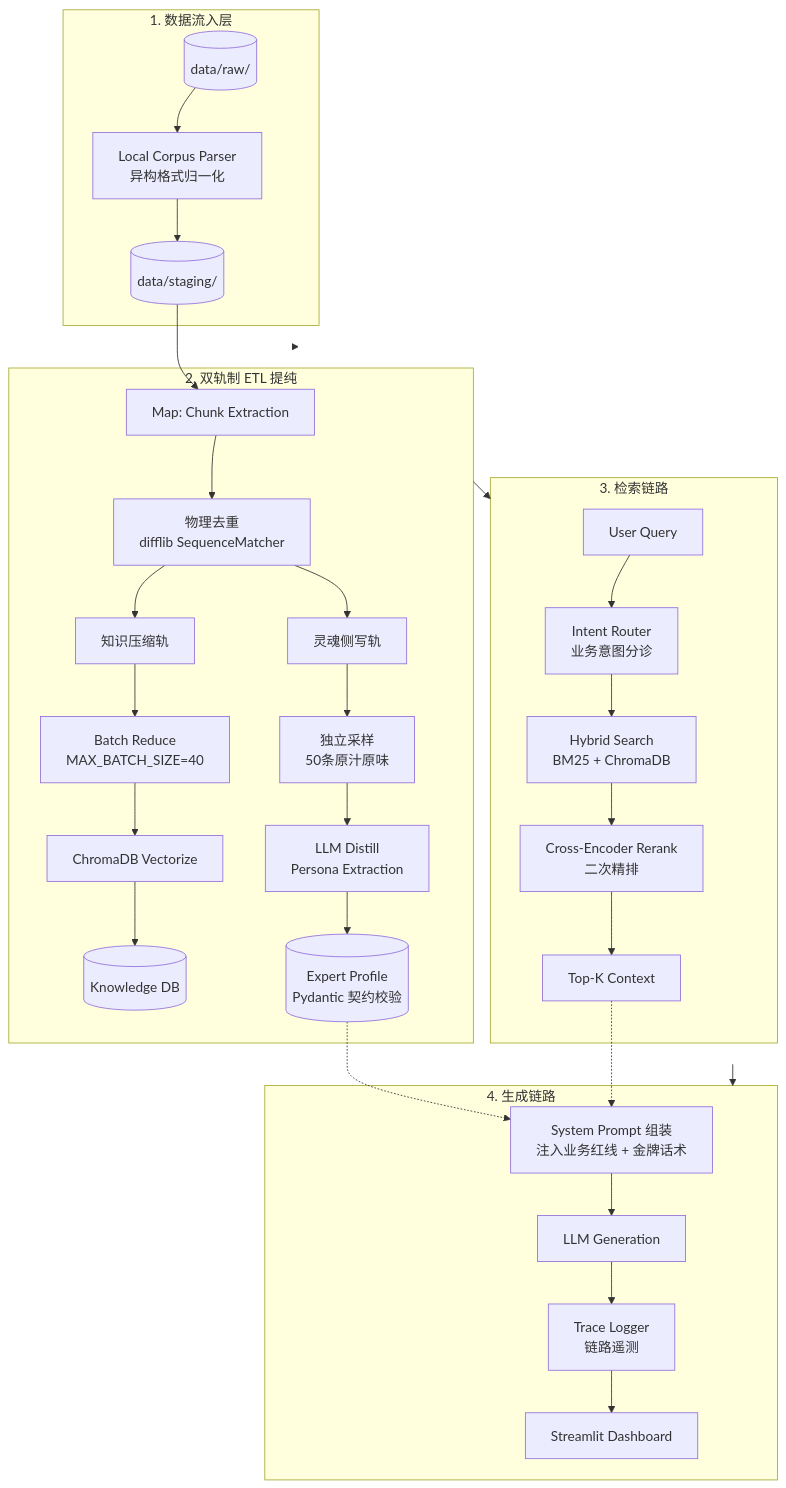
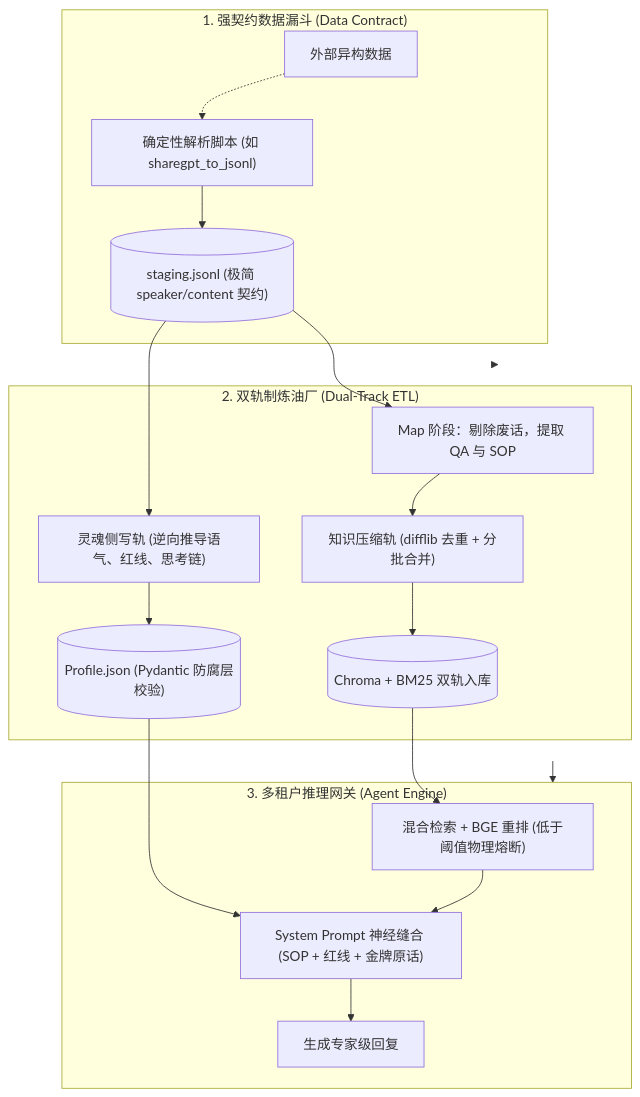
The diagram in README.md (shijiyin237-bit/enterprise-expert-digital-twin), drawn with Mermaid before and after one commit. The commit also changed other lines of this file and 16 other files, not shown here.

Commit message:
feat: release v1.0 enterprise-expert-digital-twin with physical multi-tenant isolation, anti-deadlock process orchestration, and robust schema parsing

````diff
--- a/README.md
+++ b/README.md
@@ -37,43 +36,25 @@
 ```mermaid
 flowchart TB
-    subgraph Ingestion["1. 数据流入层"]
-        Raw[("data/raw/")] --> Parser["Local Corpus Parser<br/>异构格式归一化"]
-        Parser --> Staging[("data/staging/")]
+    subgraph Contract["1. 强契约数据漏斗 (Data Contract)"]
+        Raw["外部异构数据"] -.-> Parser["确定性解析脚本 (如 sharegpt_to_jsonl)"]
+        Parser --> Staging[("staging.jsonl (极简 speaker/content 契约)")]
     end
     
-    subgraph ETL["2. 双轨制 ETL 提纯"]
-        Staging --> Map["Map: Chunk Extraction"]
-        Map --> Deduplicate["物理去重<br/>difflib SequenceMatcher"]
+    subgraph ETL["2. 双轨制炼油厂 (Dual-Track ETL)"]
+        Staging --> Map["Map 阶段：剔除废话，提取 QA 与 SOP"]
+        Map --> KnowledgeTrack["知识压缩轨 (difflib 去重 + 分批合并)"]
+        Staging --> PersonaTrack["灵魂侧写轨 (逆向推导语气、红线、思考链)"]
         
-        Deduplicate --> KnowledgeTrack["知识压缩轨"]
-        Deduplicate --> PersonaTrack["灵魂侧写轨"]
-        
-        KnowledgeTrack --> BatchReduce["Batch Reduce<br/>MAX_BATCH_SIZE=40"]
-        PersonaTrack --> RawSample["独立采样<br/>50条原汁原味"]
-        
-        BatchReduce --> Vectorize["ChromaDB Vectorize"]
-        RawSample --> Distill["LLM Distill<br/>Persona Extraction"]
-        
-        Vectorize --> KnowledgeDB[("Knowledge DB")]
-        Distill --> ProfileDB[("Expert Profile<br/>Pydantic 契约校验")]
+        KnowledgeTrack --> VectorDB[("Chroma + BM25 双轨入库")]
+        PersonaTrack --> ProfileDB[("Profile.json (Pydantic 防腐层校验)")]
     end
     
-    subgraph Retrieval["3. 检索链路"]
-        Query["User Query"] --> Intent["Intent Router<br/>业务意图分诊"]
-        Intent --> Hybrid["Hybrid Search<br/>BM25 + ChromaDB"]
-        Hybrid --> Rerank["Cross-Encoder Rerank<br/>二次精排"]
-        Rerank --> TopK["Top-K Context"]
+    subgraph Core["3. 多租户推理网关 (Agent Engine)"]
+        VectorDB --> HybridSearch["混合检索 + BGE 重排 (低于阈值物理熔断)"]
+        ProfileDB --> Prompt["System Prompt 神经缝合 (SOP + 红线 + 金牌原话)"]
+        HybridSearch --> Prompt
+        Prompt --> Output["生成专家级回复"]
     end
     
-    subgraph Generation["4. 生成链路"]
-        ProfileDB -.-> Prompt["System Prompt 组装<br/>注入业务红线 + 金牌话术"]
-        TopK -.-> Prompt
-        Prompt --> LLM["LLM Generation"]
-        LLM --> Trace["Trace Logger<br/>链路遥测"]
-        Trace --> Dashboard["Streamlit Dashboard"]
-    end
-    
-    Ingestion --> ETL
-    ETL --> Retrieval
-    Retrieval --> Generation
+    Contract --> ETL --> Core
 ```
````
